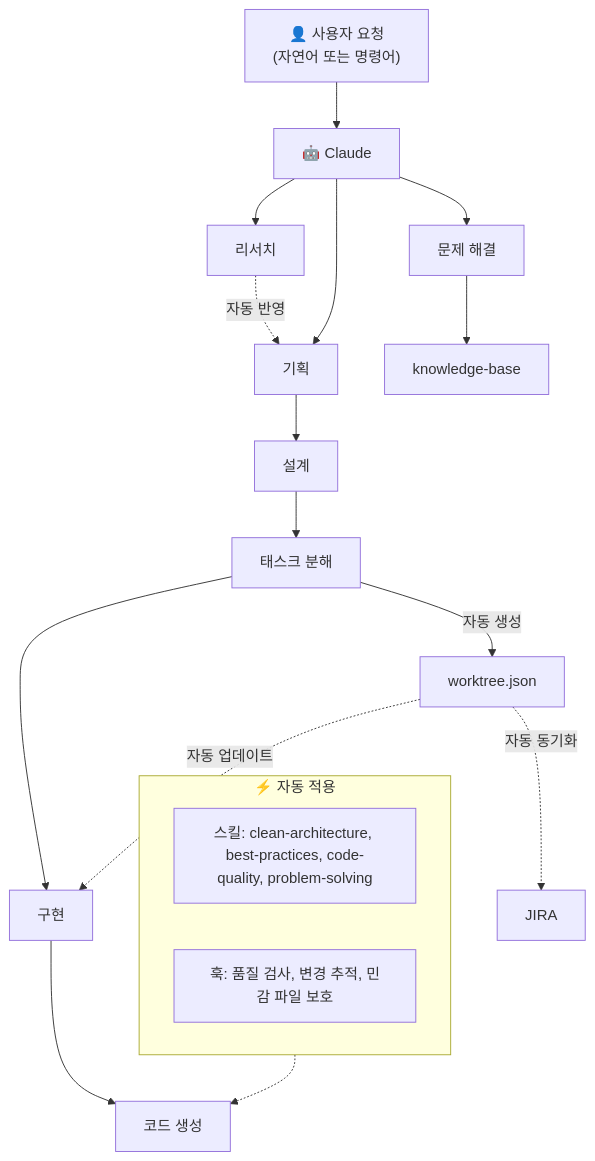
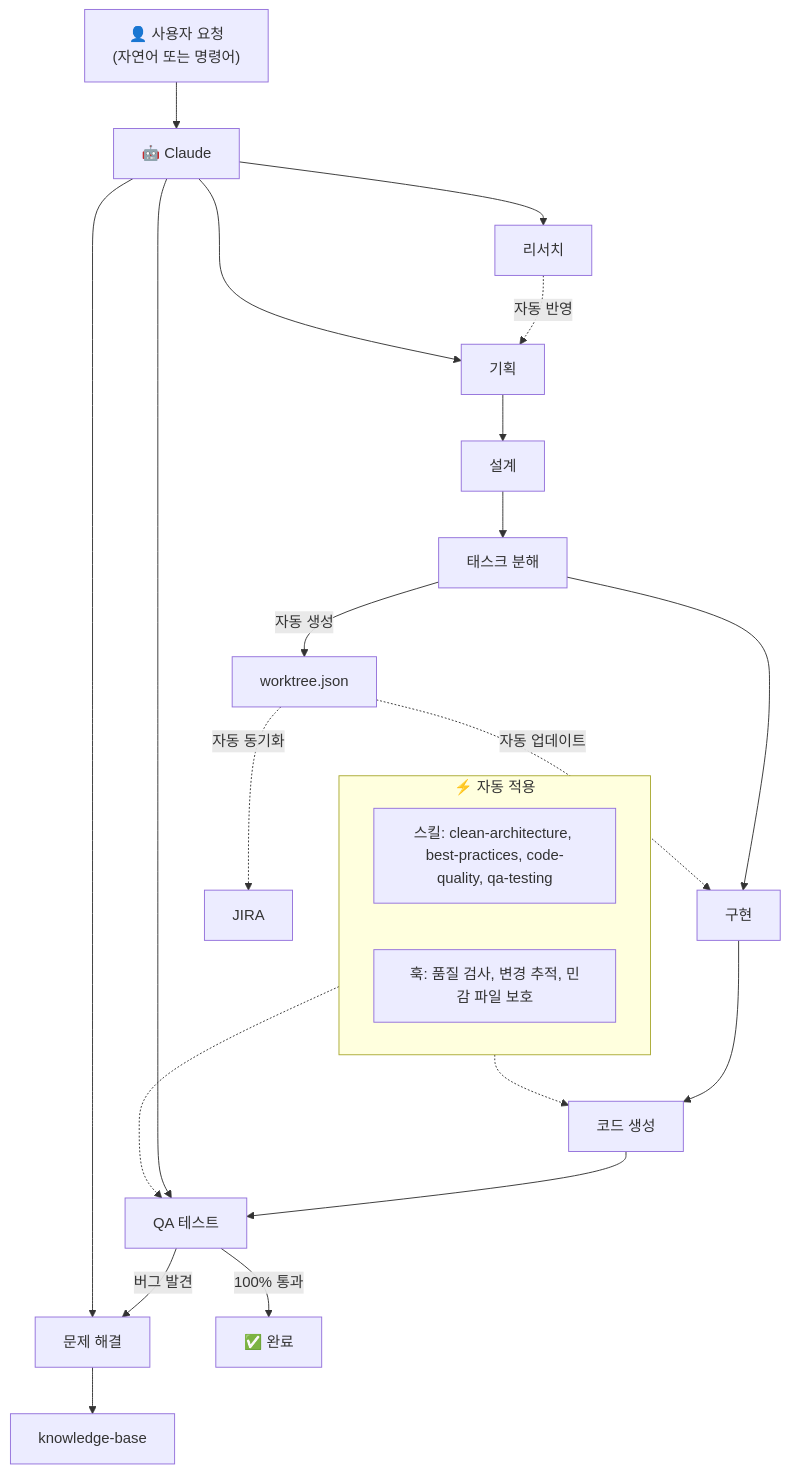
One commit to Wondermove-Inc/calab-claude-plugin changed the fourth of 4 diagrams in CLAUDE.md. Above: the diagram before and after it, drawn with Mermaid. The commit also changed other lines of this file and 1 other file, not shown here.

Commit message:
고도화

````diff
--- a/CLAUDE.md
+++ b/CLAUDE.md
@@ -514,26 +519,32 @@
 ```mermaid
 flowchart TB
     U["👤 사용자 요청<br/>(자연어 또는 명령어)"] --> C["🤖 Claude"]
 
     C --> R["리서치"]
     R -.->|자동 반영| D1
 
     C --> D1["기획"]
     D1 --> D2["설계"]
     D2 --> D3["태스크 분해"]
     D3 -->|자동 생성| W["worktree.json"]
     D3 --> D4["구현"]
     W -.->|자동 업데이트| D4
     W -.->|자동 동기화| J["JIRA"]
     D4 --> Code["코드 생성"]
+    Code --> QA["QA 테스트"]
+    QA -->|버그 발견| SV
+    QA -->|100% 통과| Done["✅ 완료"]
 
     C --> SV["문제 해결"]
     SV --> KB["knowledge-base"]
 
+    C --> QA
+
     subgraph Auto["⚡ 자동 적용"]
-        S1["스킬: clean-architecture, best-practices, code-quality, problem-solving"]
+        S1["스킬: clean-architecture, best-practices, code-quality, qa-testing"]
         H1["훅: 품질 검사, 변경 추적, 민감 파일 보호"]
     end
 
     Auto -.-> Code
+    Auto -.-> QA
 ```
````
